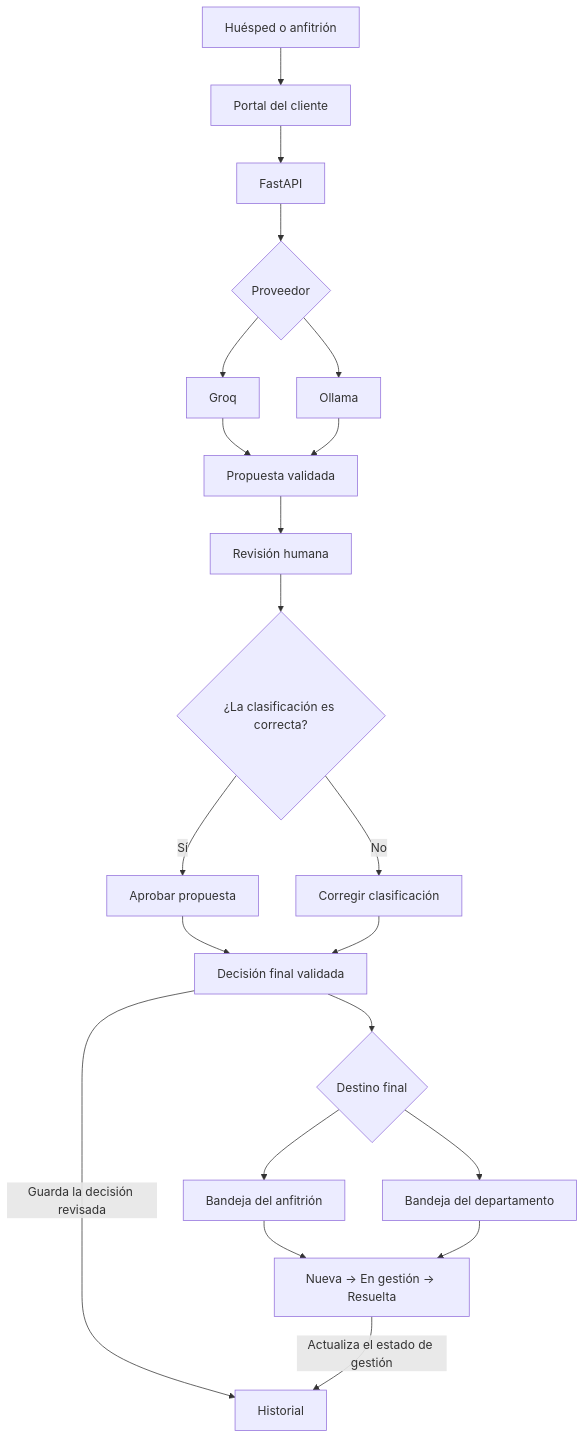
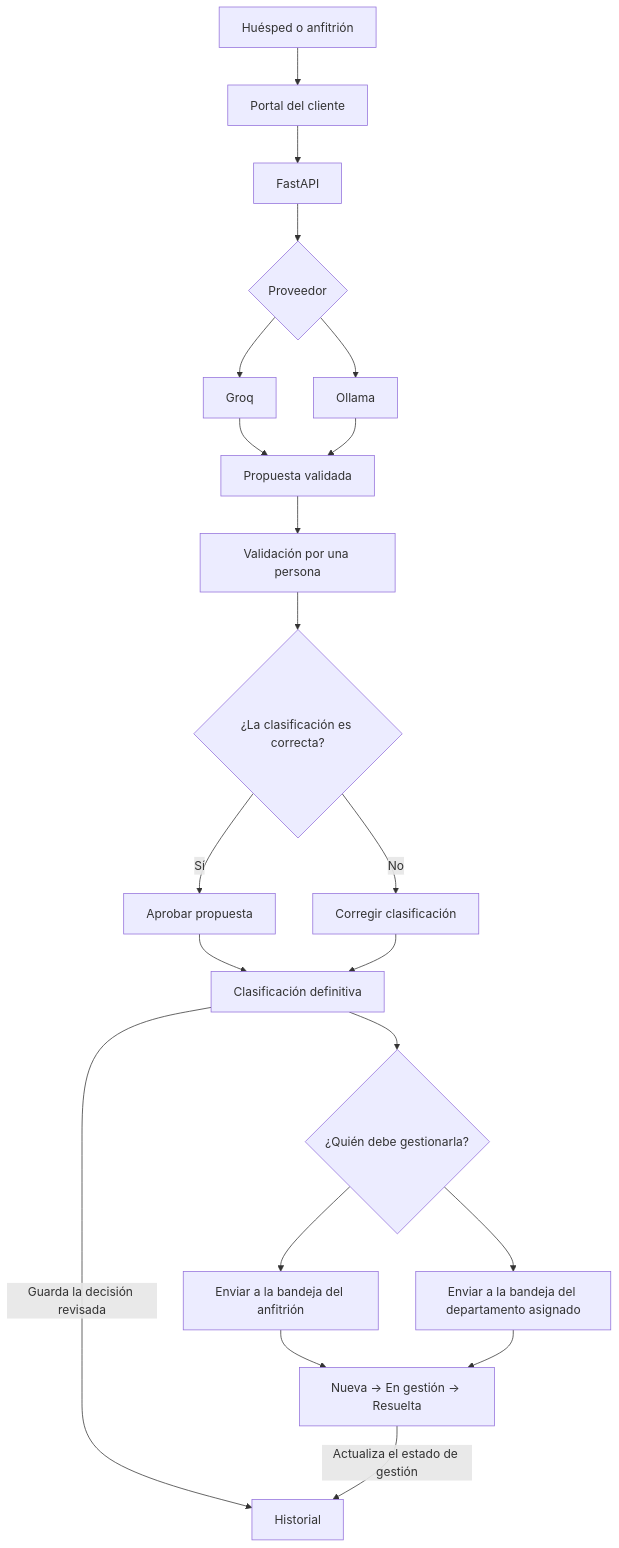
Before and after one commit to Gema-Villanueva/PRIO: the diagram in README.md, drawn with Mermaid.

Commit message:
docs: improve architecture diagram labels

````diff
--- a/README.md
+++ b/README.md
@@ -53,23 +53,23 @@
 ```mermaid
 flowchart TD
     A[Huésped o anfitrión] --> B[Portal del cliente]
     B --> C[FastAPI]
     C --> D{Proveedor}
     D --> E[Groq]
     D --> F[Ollama]
     E --> G[Propuesta validada]
     F --> G
-    G --> H[Revisión humana]
+    G --> H[Validación por una persona]
     H --> I{¿La clasificación es correcta?}
     I -->|Sí| N[Aprobar propuesta]
     I -->|No| O[Corregir clasificación]
-    N --> P[Decisión final validada]
+    N --> P[Clasificación definitiva]
     O --> P
-    P --> Q{Destino final}
-    Q --> J[Bandeja del anfitrión]
-    Q --> K[Bandeja del departamento]
+    P --> Q{¿Quién debe gestionarla?}
+    Q --> J[Enviar a la bandeja del anfitrión]
+    Q --> K[Enviar a la bandeja del departamento asignado]
     J --> L[Nueva → En gestión → Resuelta]
     K --> L
     P -->|Guarda la decisión revisada| M[Historial]
     L -->|Actualiza el estado de gestión| M
 ```
````
